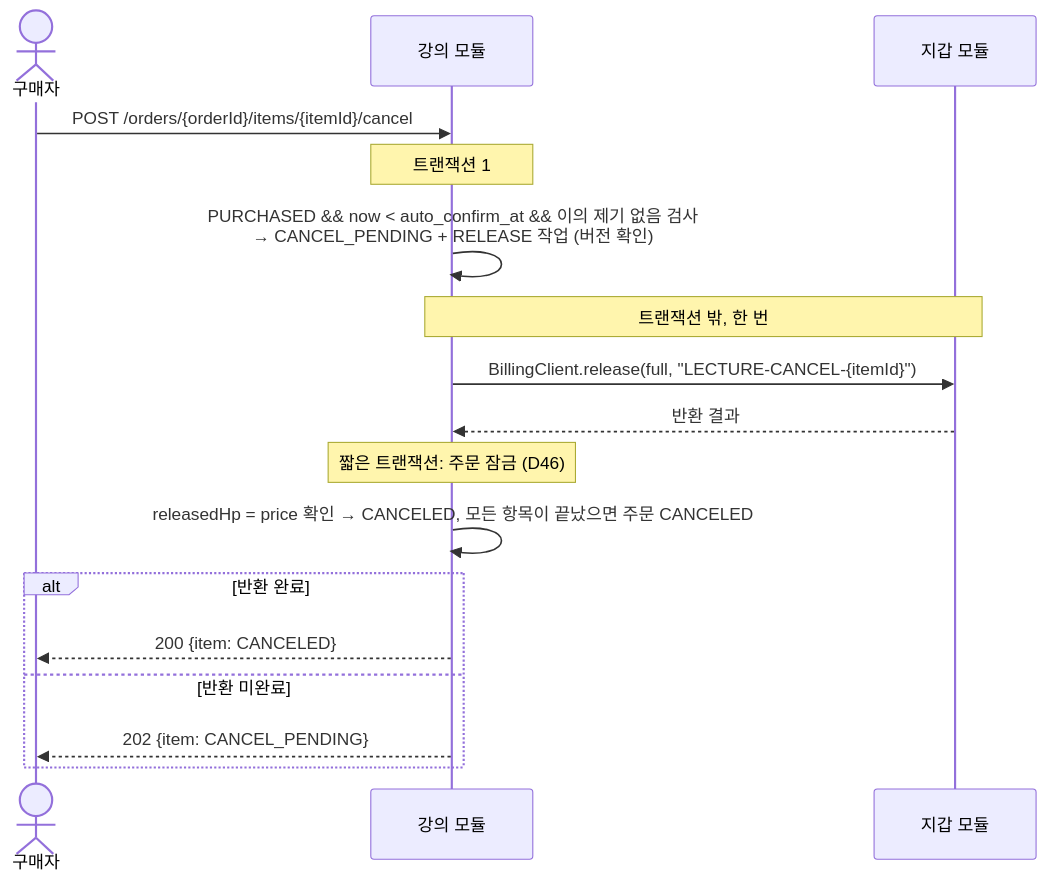
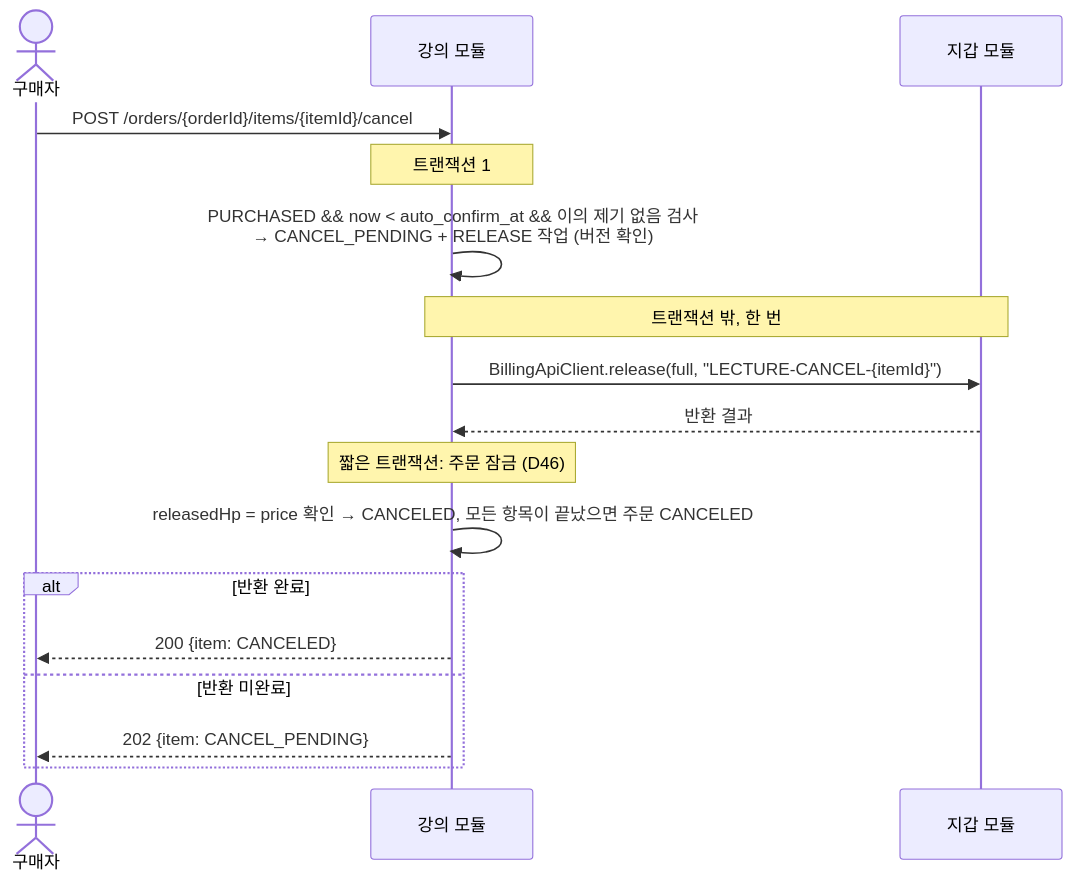
The sixth of 9 diagrams in docs/design/lecture-module.md (prgrms-be-adv-devcourse/beadv8_8_LMS_BE), drawn with Mermaid before and after one commit. The commit also changed other lines of this file, not shown here.

````diff
--- a/docs/design/lecture-module.md
+++ b/docs/design/lecture-module.md
@@ -563,19 +569,19 @@
 ```mermaid
 sequenceDiagram
     actor B as 구매자
     participant LEC as 강의 모듈
     participant WAL as 지갑 모듈
     B->>LEC: POST /orders/{orderId}/items/{itemId}/cancel
     Note over LEC: 트랜잭션 1
     LEC->>LEC: PURCHASED && now < auto_confirm_at && 이의 제기 없음 검사<br/>→ CANCEL_PENDING + RELEASE 작업 (버전 확인)
     Note over LEC,WAL: 트랜잭션 밖, 한 번
-    LEC->>WAL: BillingClient.release(full, "LECTURE-CANCEL-{itemId}")
+    LEC->>WAL: BillingApiClient.release(full, "LECTURE-CANCEL-{itemId}")
     WAL-->>LEC: 반환 결과
     Note over LEC: 짧은 트랜잭션: 주문 잠금 (D46)
     LEC->>LEC: releasedHp = price 확인 → CANCELED, 모든 항목이 끝났으면 주문 CANCELED
     alt 반환 완료
         LEC-->>B: 200 {item: CANCELED}
     else 반환 미완료
         LEC-->>B: 202 {item: CANCEL_PENDING}
     end
 ```
````
